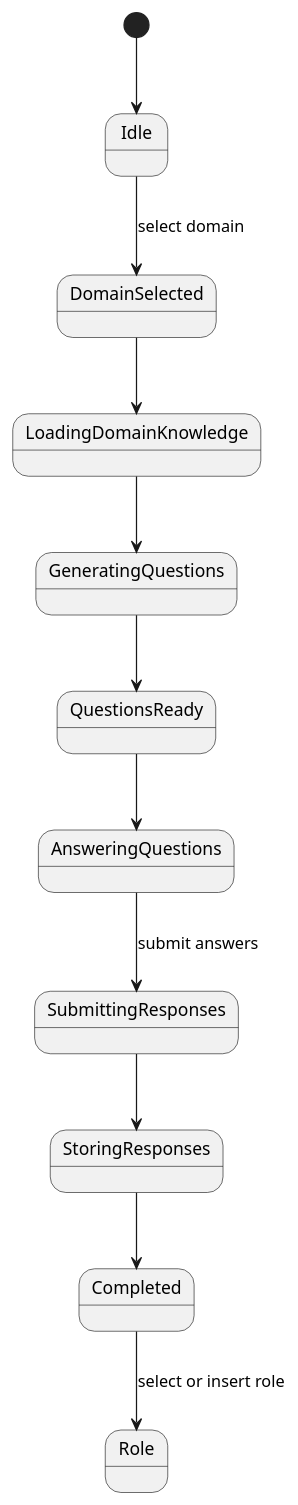
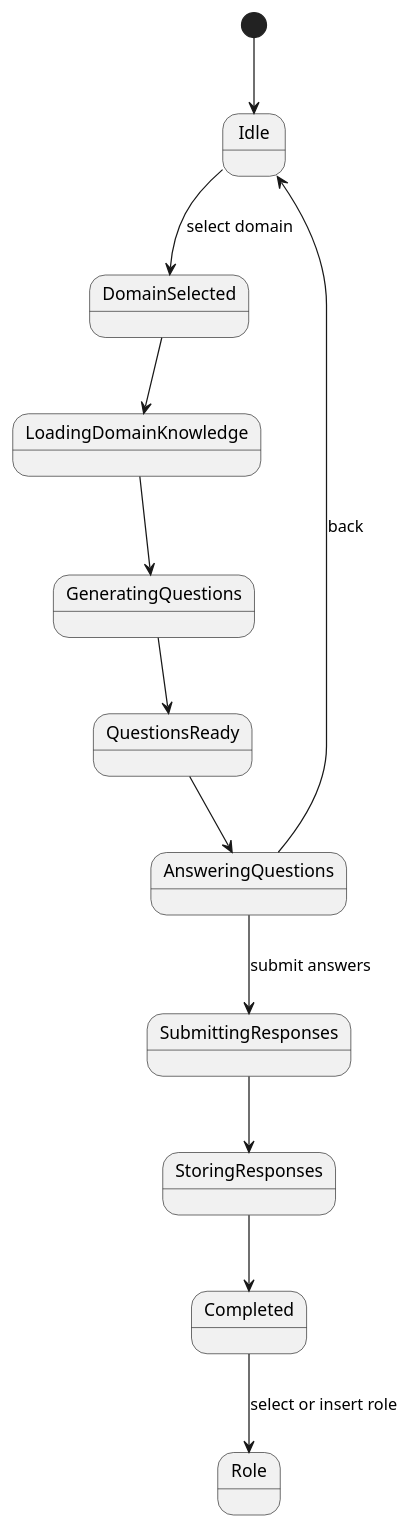
One commit to Sura-Ahmad/Requirements_Super_Tool changed the diagram in Uml/state_machine_diagram.puml. Above: the diagram before and after it, drawn with PlantUML. The commit also changed 2 other files, not shown here.

```diff
--- a/Uml/state_machine_diagram.puml
+++ b/Uml/state_machine_diagram.puml
@@ -1,19 +1,20 @@
 @startuml StateMachineDiagram
 
 [*] --> Idle
 
 Idle --> DomainSelected : select domain
 
 DomainSelected --> LoadingDomainKnowledge
 LoadingDomainKnowledge --> GeneratingQuestions
 GeneratingQuestions --> QuestionsReady
 
 QuestionsReady --> AnsweringQuestions
 
 AnsweringQuestions --> SubmittingResponses : submit answers
+AnsweringQuestions --> Idle : back
 SubmittingResponses --> StoringResponses
 StoringResponses --> Completed
 
 Completed --> Role : select or insert role
 
 @enduml
```
